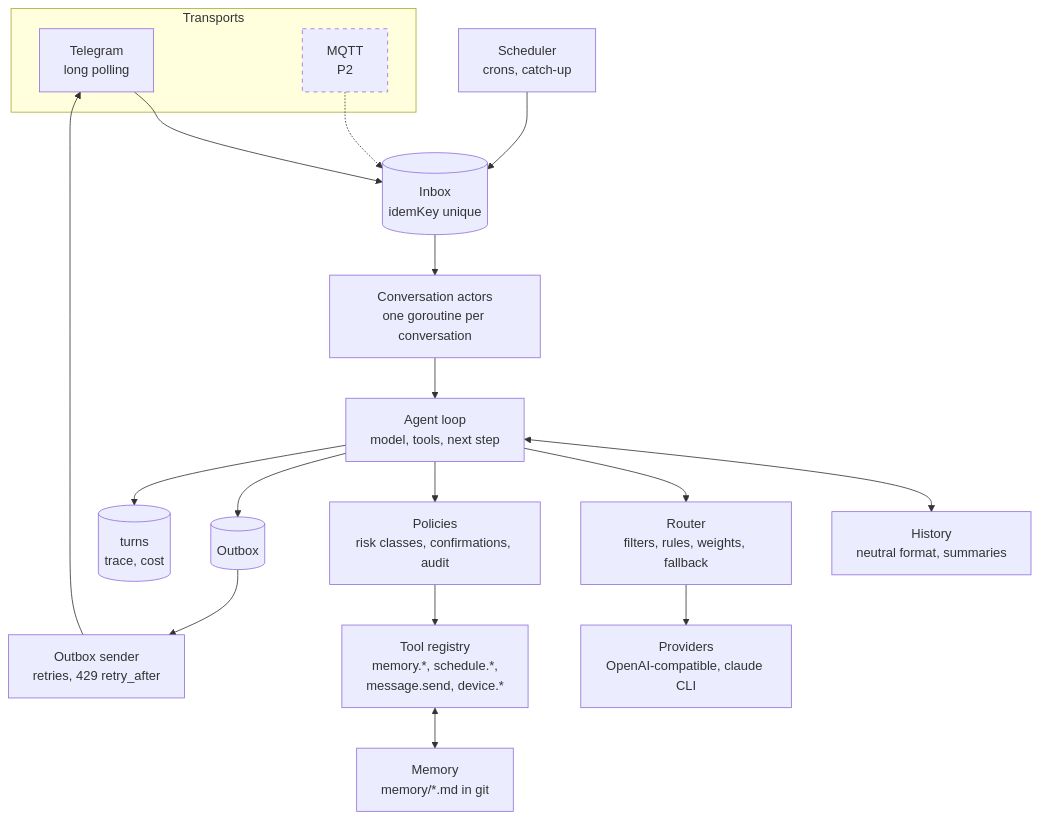
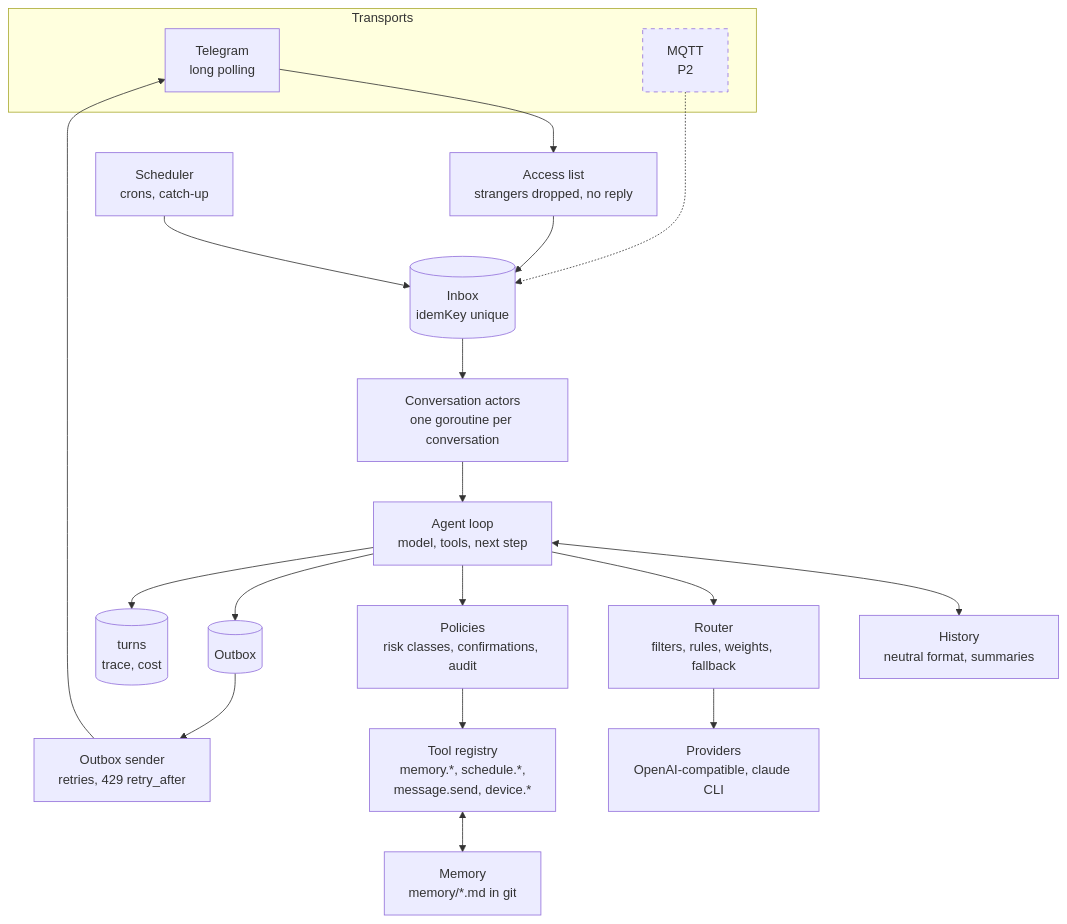
One commit to igorrius/ganglion changed the first of 3 diagrams in docs/architecture/03-components.md. Above: the diagram before and after it, drawn with Mermaid. The commit also changed 18 other files, not shown here.

````diff
--- a/docs/architecture/03-components.md
+++ b/docs/architecture/03-components.md
@@ -8,40 +8,42 @@
 ```mermaid
 flowchart TB
     subgraph transports["Transports"]
         tgt["Telegram<br/>long polling"]
         mqt["MQTT<br/>P2"]
     end
 
+    acl["Access list<br/>strangers dropped, no reply"]
     inbox[("Inbox<br/>idemKey unique")]
     actors["Conversation actors<br/>one goroutine per conversation"]
     loop["Agent loop<br/>model, tools, next step"]
     history["History<br/>neutral format, summaries"]
     router["Router<br/>filters, rules, weights, fallback"]
     providers["Providers<br/>OpenAI-compatible, claude CLI"]
     tools["Tool registry<br/>memory.*, schedule.*,<br/>message.send, device.*"]
     policies["Policies<br/>risk classes, confirmations, audit"]
     memory["Memory<br/>memory/*.md in git"]
     sched["Scheduler<br/>crons, catch-up"]
     outbox[("Outbox")]
     sender["Outbox sender<br/>retries, 429 retry_after"]
     turns[("turns<br/>trace, cost")]
 
-    tgt --> inbox
+    tgt --> acl
+    acl --> inbox
     mqt -.-> inbox
     sched --> inbox
     inbox --> actors
     actors --> loop
     loop <--> history
     loop --> router
     router --> providers
     loop --> policies
     policies --> tools
     tools <--> memory
     loop --> outbox
     loop --> turns
     outbox --> sender
     sender --> tgt
 
     classDef planned stroke-dasharray: 5 5
     class mqt planned
 ```
````
